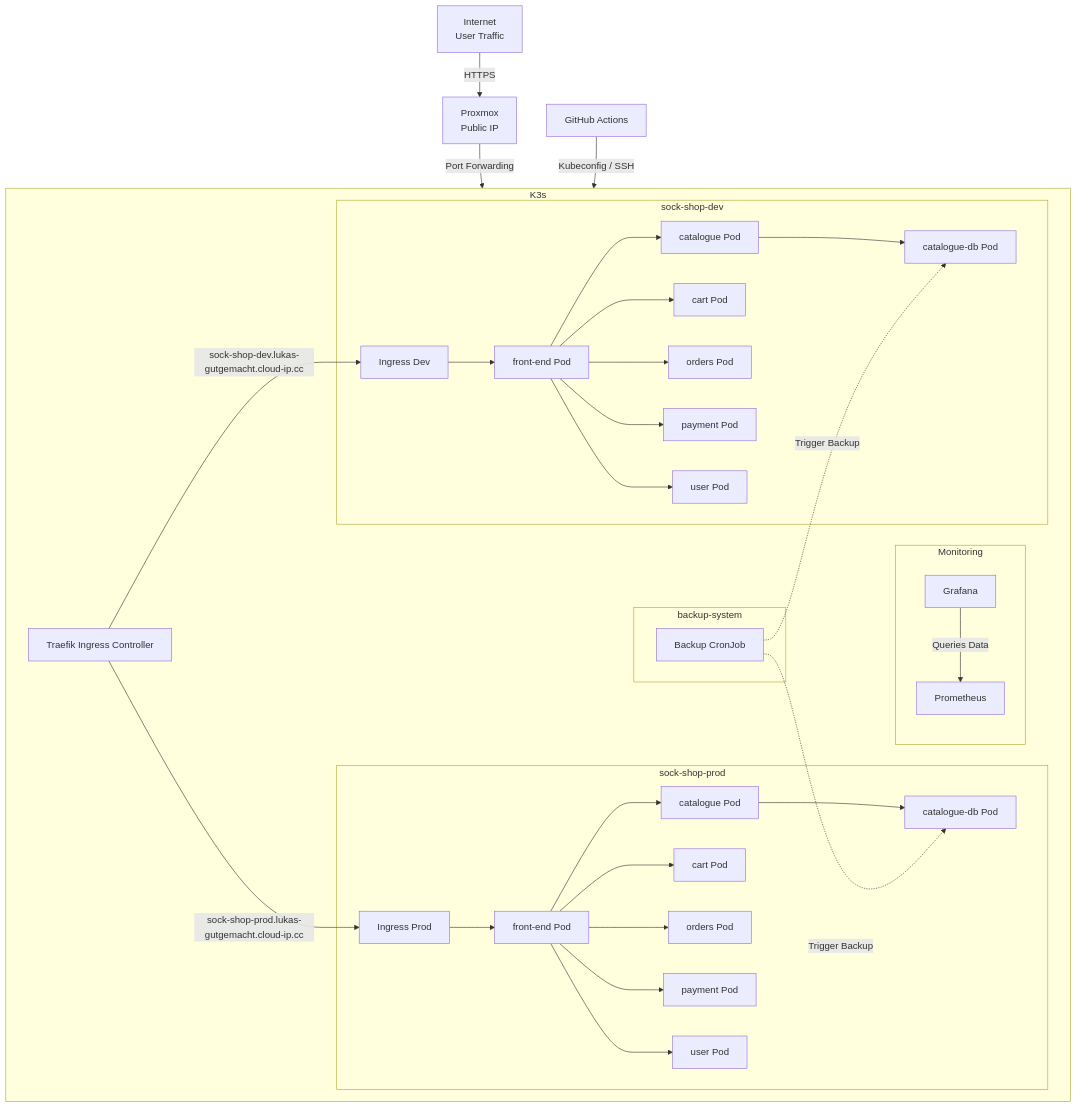
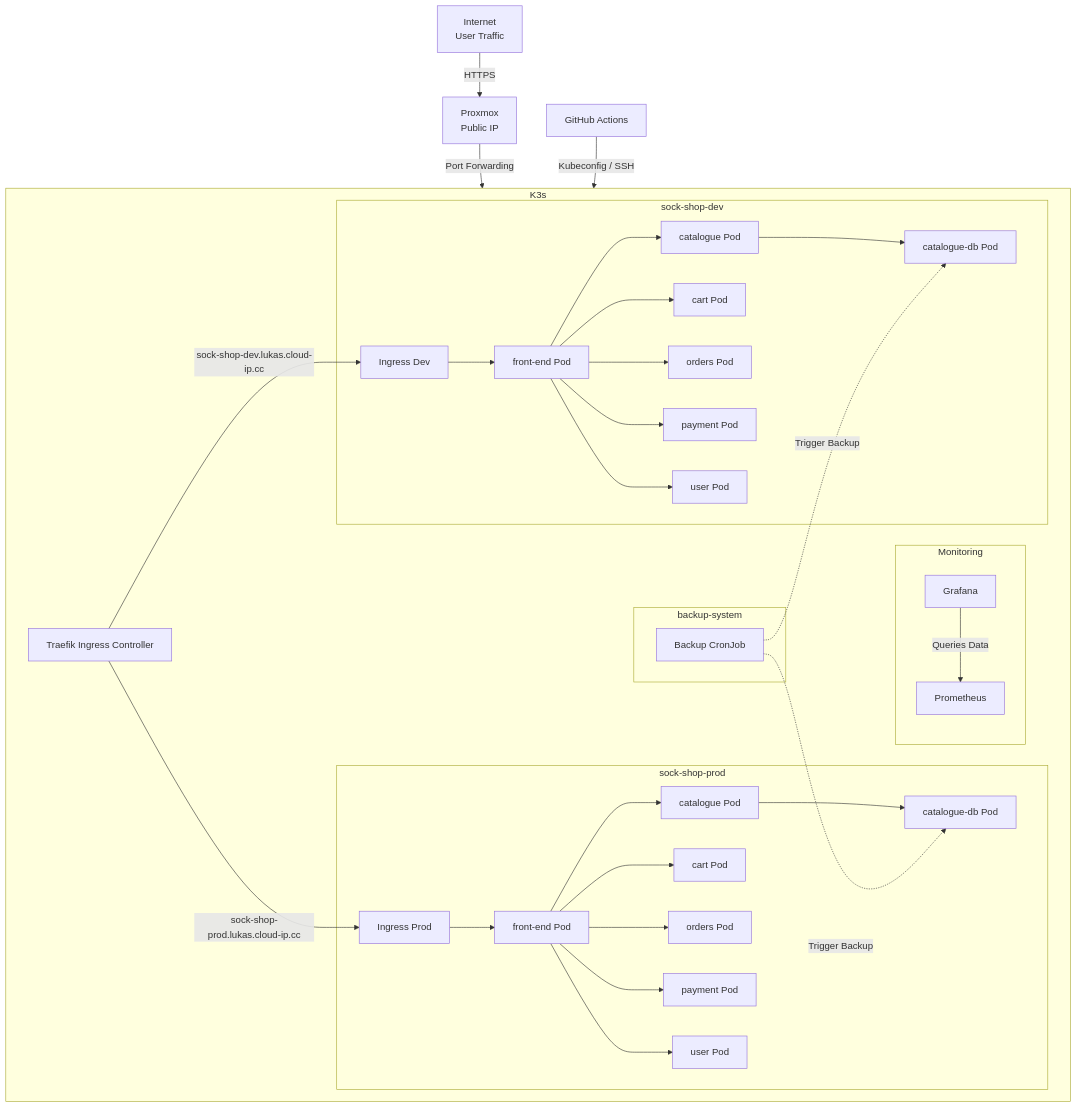
Before and after one commit to Ru-Dipity/Microservice-Demo-Application: the diagram in README.md, drawn with Mermaid. The commit also changed 2 other files, not shown here.

Commit message:
Update domain from lukas-gutgemacht.cloud-ip.cc to lukas.cloud-ip.cc

````diff
--- a/README.md
+++ b/README.md
@@ -11,61 +11,61 @@
 ```mermaid
 graph TB
     Internet[Internet<br/>User Traffic] -->|HTTPS| Proxmox[Proxmox<br/>Public IP]
     Proxmox -->|Port Forwarding| K3s[K3s Kubernetes Cluster]
     
     subgraph K3s
         Traefik[Traefik Ingress Controller]
         subgraph sock-shop-dev
             IngressDev[Ingress Dev]
             FrontEndDev[front-end Pod]
             CatalogueDev[catalogue Pod]
             CartDev[cart Pod]
             OrdersDev[orders Pod]
             PaymentDev[payment Pod]
             UserDev[user Pod]
             CatalogueDBDev[catalogue-db Pod]
             IngressDev --> FrontEndDev
             FrontEndDev --> CatalogueDev
             FrontEndDev --> CartDev
             FrontEndDev --> OrdersDev
             FrontEndDev --> PaymentDev
             FrontEndDev --> UserDev
             CatalogueDev --> CatalogueDBDev
         end
         
         subgraph sock-shop-prod
             IngressProd[Ingress Prod]
             FrontEndProd[front-end Pod]
             CatalogueProd[catalogue Pod]
             CartProd[cart Pod]
             OrdersProd[orders Pod]
             PaymentProd[payment Pod]
             UserProd[user Pod]
             CatalogueDBProd[catalogue-db Pod]
             IngressProd --> FrontEndProd
             FrontEndProd --> CatalogueProd
             FrontEndProd --> CartProd
             FrontEndProd --> OrdersProd
             FrontEndProd --> PaymentProd
             FrontEndProd --> UserProd
             CatalogueProd --> CatalogueDBProd
         end
         
         subgraph Monitoring
             Prometheus[Prometheus]
             Grafana[Grafana]
             Grafana -->|Queries Data| Prometheus
         end
         
         subgraph backup-system
             BackupCronJob[Backup CronJob]
         end
         
-        Traefik -->|sock-shop-dev.lukas-gutgemacht.cloud-ip.cc| IngressDev
-        Traefik -->|sock-shop-prod.lukas-gutgemacht.cloud-ip.cc| IngressProd
+        Traefik -->|sock-shop-dev.lukas.cloud-ip.cc| IngressDev
+        Traefik -->|sock-shop-prod.lukas.cloud-ip.cc| IngressProd
         BackupCronJob -.->|Trigger Backup| CatalogueDBDev
         BackupCronJob -.->|Trigger Backup| CatalogueDBProd
     end
     
     GitHub[GitHub Actions] -->|Kubeconfig / SSH| K3s
 ```
````
